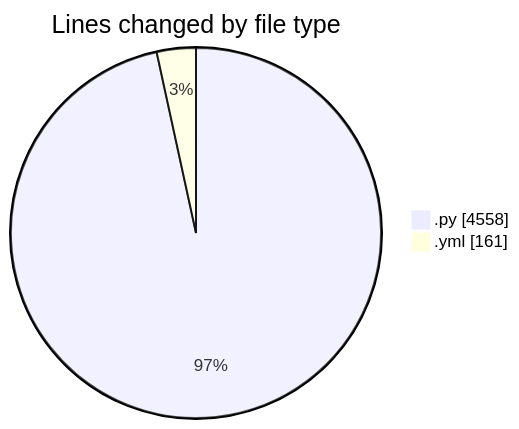
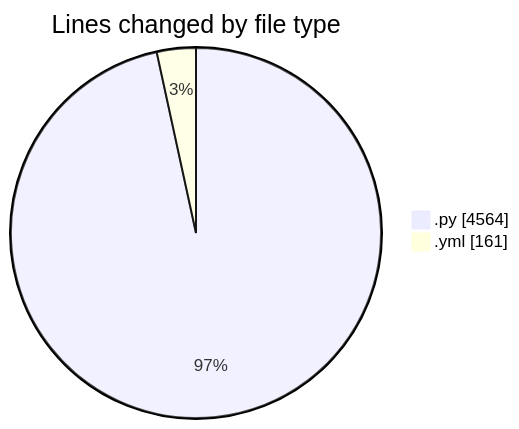
One commit to julien-gomy/code-tracking changed the first of 2 diagrams in 2025-10-15/eventscop-api-guide__workspace_/README.md. Above: the diagram before and after it, drawn with Mermaid. The commit also changed other lines of this file and 1 other file, not shown here.

````diff
--- a/2025-10-15/eventscop-api-guide__workspace_/README.md
+++ b/2025-10-15/eventscop-api-guide__workspace_/README.md
@@ -30,6 +30,6 @@
 ```mermaid
 pie showData
 title Lines changed by file type
-".py" : 4558
+".py" : 4564
 ".yml" : 161
 ```
````
